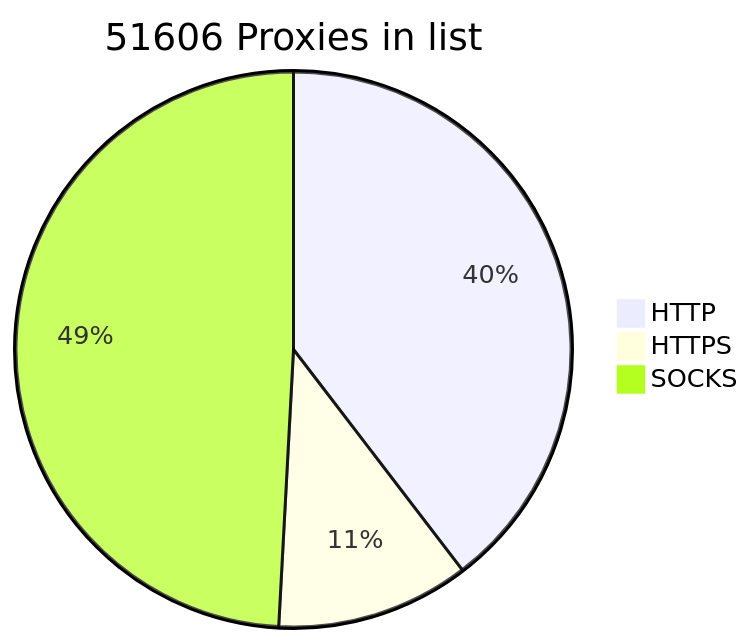
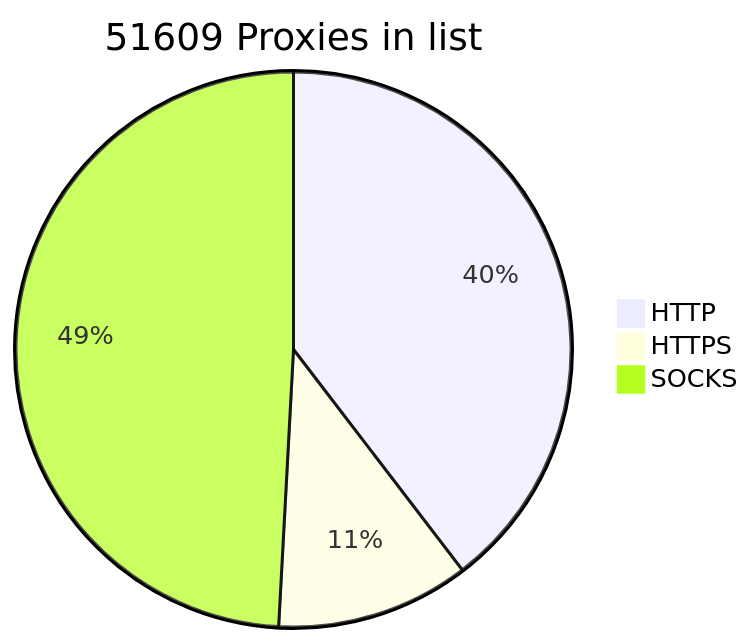
One commit to BlackSnowDot/proxylist-update-every-minute changed the diagram in README.md. Above: the diagram before and after it, drawn with Mermaid.

````diff
--- a/README.md
+++ b/README.md
@@ -2,6 +2,6 @@
 ```mermaid
-pie title 51606 Proxies in list
-    "HTTP" : 22697
-    "HTTPS": 6449
+pie title 51609 Proxies in list
+    "HTTP" : 22700
+    "HTTPS": 6451
     "SOCKS" : 28173
 ```
````
